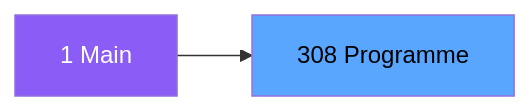
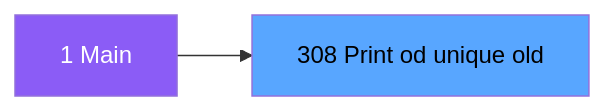
The second of 3 diagrams in .openspec/specs/ADH-IDE-308.md (thonyAGP/magic-migration), drawn with Mermaid before and after one commit. The commit also changed other lines of this file and 323 other files, not shown here.

````diff
--- a/.openspec/specs/ADH-IDE-308.md
+++ b/.openspec/specs/ADH-IDE-308.md
@@ -101,8 +114,8 @@
 ```mermaid
 graph LR
     M[1 Main]
-    T[308 Programme]
+    T[308 Print od unique old]
     M --> T
     style M fill:#8b5cf6,color:#fff
     style T fill:#58a6ff,color:#000
 ```
````
